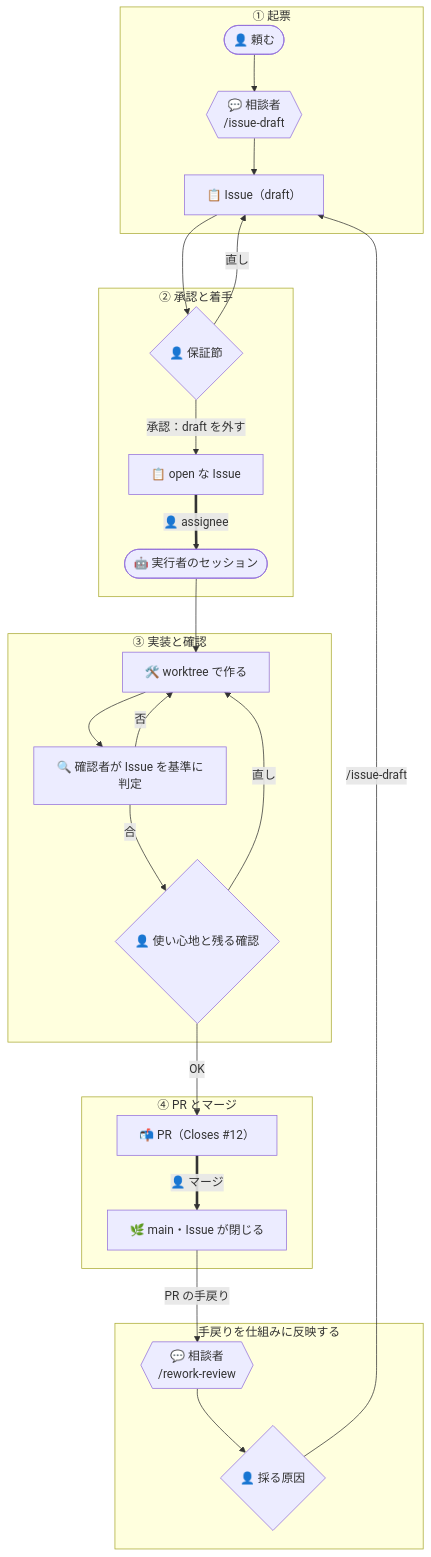
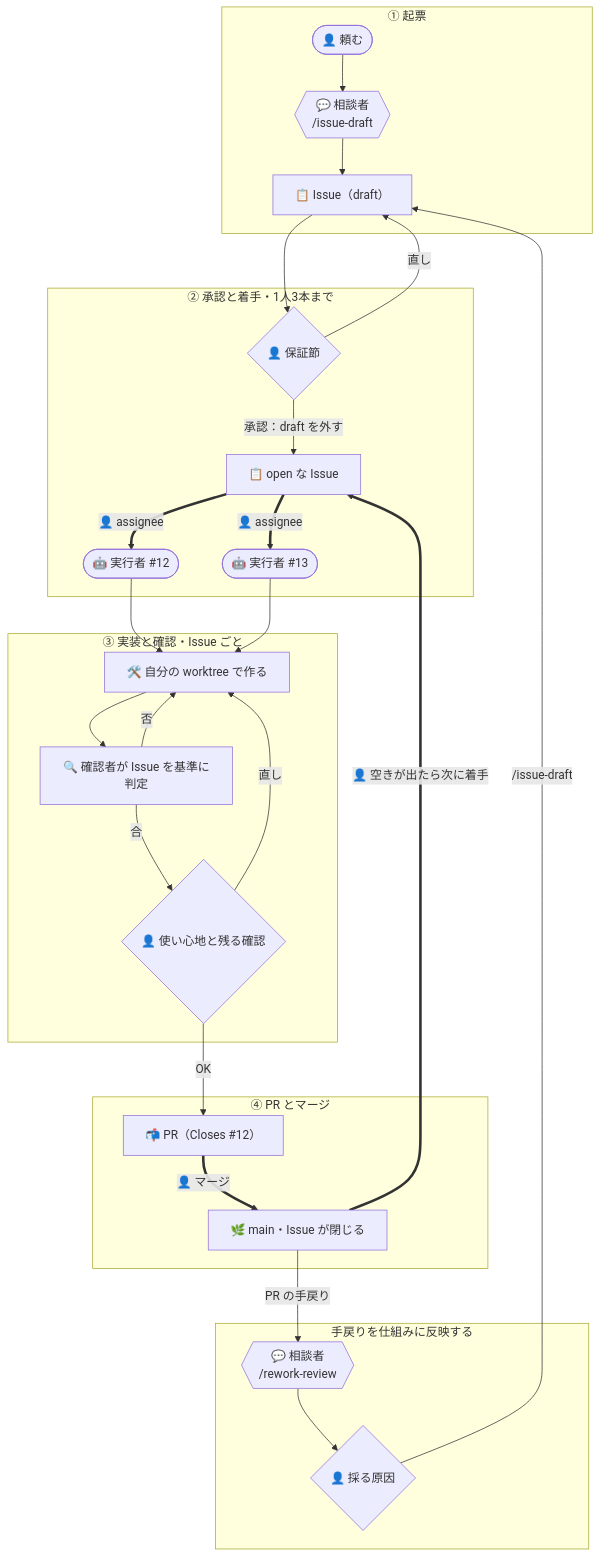
The diagram in docs/flows/team.md (yktsnet/sdlc-kit), drawn with Mermaid before and after one commit. The commit also changed other lines of this file and 4 other files, not shown here.

First line of the commit message:
docs: flow-team に並行して動かす決まりを足し、team の図に並行と周回を描く (#32)

````diff
--- a/docs/flows/team.md
+++ b/docs/flows/team.md
@@ -23,29 +23,31 @@
 ```mermaid
 flowchart TD
     subgraph p1 ["① 起票"]
         R(["👤 頼む"]) --> C{{"💬 相談者<br/>/issue-draft"}}
         C --> I["📋 Issue（draft）"]
     end
-    subgraph p2 ["② 承認と着手"]
+    subgraph p2 ["② 承認と着手・1人3本まで"]
         I --> A{"👤 保証節"}
         A -->|直し| I
         A -->|"承認：draft を外す"| O[📋 open な Issue]
-        O ==>|"👤 assignee"| E(["🤖 実行者のセッション"])
+        O ==>|"👤 assignee"| E1(["🤖 実行者 #12"])
+        O ==>|"👤 assignee"| E2(["🤖 実行者 #13"])
     end
-    subgraph p3 ["③ 実装と確認"]
-        E --> W[🛠️ worktree で作る]
+    subgraph p3 ["③ 実装と確認・Issue ごと"]
+        E1 & E2 --> W[🛠️ 自分の worktree で作る]
         W --> Q[🔍 確認者が Issue を基準に判定]
         Q -->|否| W
         Q -->|合| V{"👤 使い心地と残る確認"}
         V -->|直し| W
     end
     subgraph p4 ["④ PR とマージ"]
         V -->|OK| P["📬 PR（Closes #12）"]
         P ==>|"👤 マージ"| M[🌿 main・Issue が閉じる]
     end
+    M ==>|"👤 空きが出たら次に着手"| O
     subgraph p5 ["手戻りを仕組みに反映する"]
         RR{{"💬 相談者<br/>/rework-review"}} --> RA{"👤 採る原因"}
     end
     M -->|PR の手戻り| RR
     RA -->|"/issue-draft"| I
 ```
````
